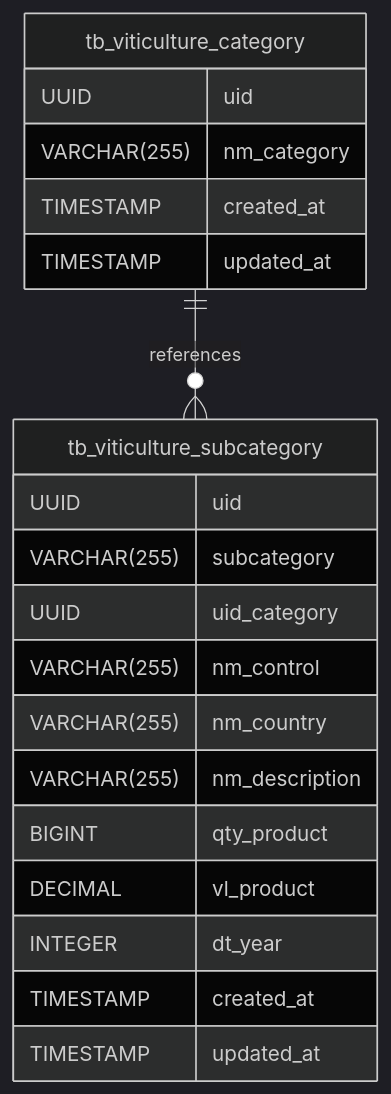
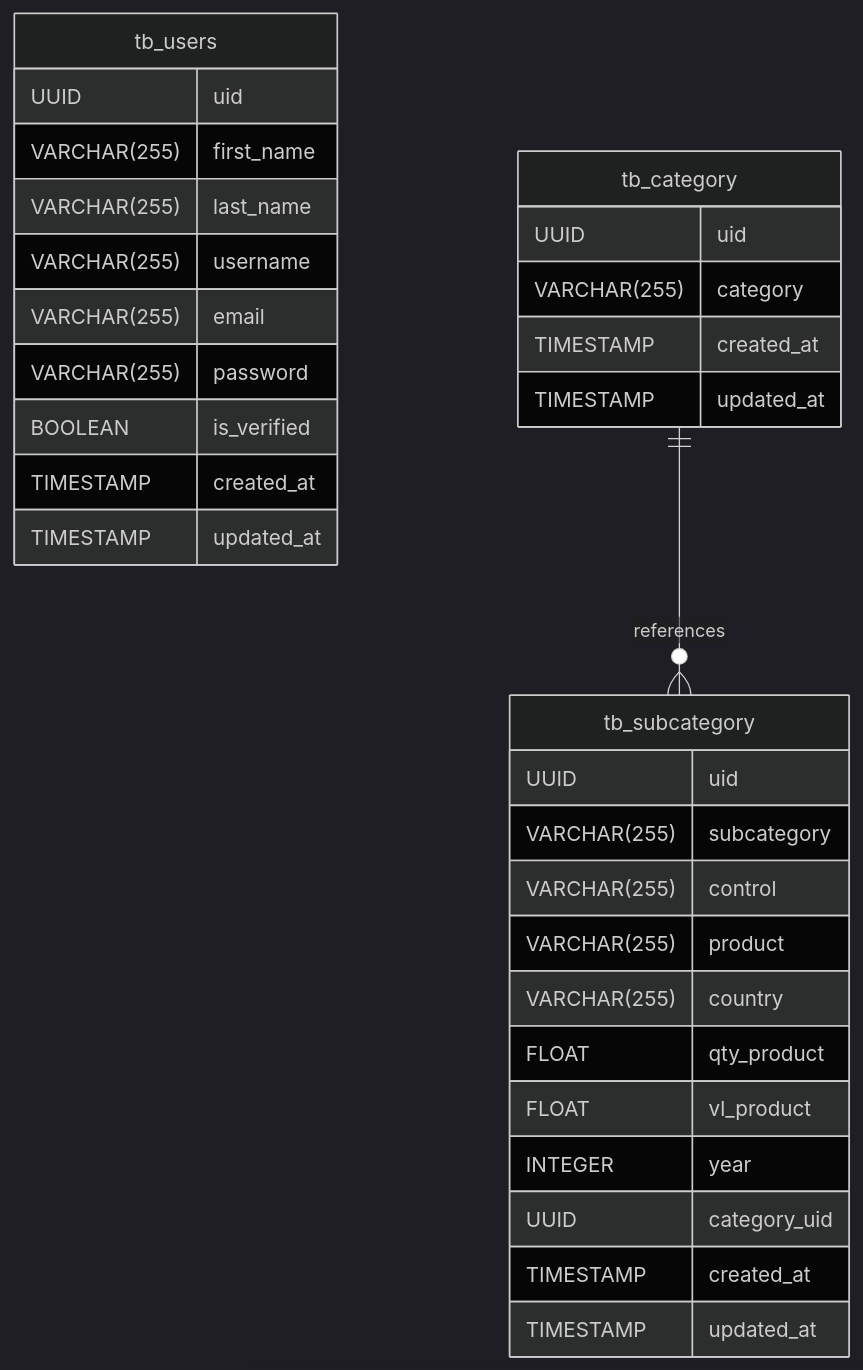
The fourth of 4 diagrams in README.md (tcpostech/tc_embrapa), drawn with Mermaid (dark theme) before and after one commit. The commit also changed other lines of this file and 4 other files, not shown here.

````diff
--- a/README.md
+++ b/README.md
@@ -92,25 +92,37 @@
 ```mermaid
 erDiagram
-	tb_viticulture_category ||--o{ tb_viticulture_subcategory : references
+    tb_users {
+        UUID uid
+        VARCHAR(255) first_name
+        VARCHAR(255) last_name
+        VARCHAR(255) username
+        VARCHAR(255) email
+        VARCHAR(255) password
+        BOOLEAN is_verified
+		TIMESTAMP created_at
+		TIMESTAMP updated_at
+    }
+    
+	tb_category ||--o{ tb_subcategory : references
 
-	tb_viticulture_category {
+	tb_category {
 		UUID uid
-		VARCHAR(255) nm_category
+		VARCHAR(255) category
 		TIMESTAMP created_at
 		TIMESTAMP updated_at
 	}
 
-	tb_viticulture_subcategory {
+	tb_subcategory {
 		UUID uid
 		VARCHAR(255) subcategory
-		UUID uid_category
-		VARCHAR(255) nm_control
-		VARCHAR(255) nm_country
-		VARCHAR(255) nm_description
-		BIGINT qty_product
-		DECIMAL vl_product
-		INTEGER dt_year
+		VARCHAR(255) control
+		VARCHAR(255) product
+		VARCHAR(255) country
+		FLOAT qty_product
+		FLOAT vl_product
+		INTEGER year
+		UUID category_uid
 		TIMESTAMP created_at
 		TIMESTAMP updated_at
 	}
 ```
````
